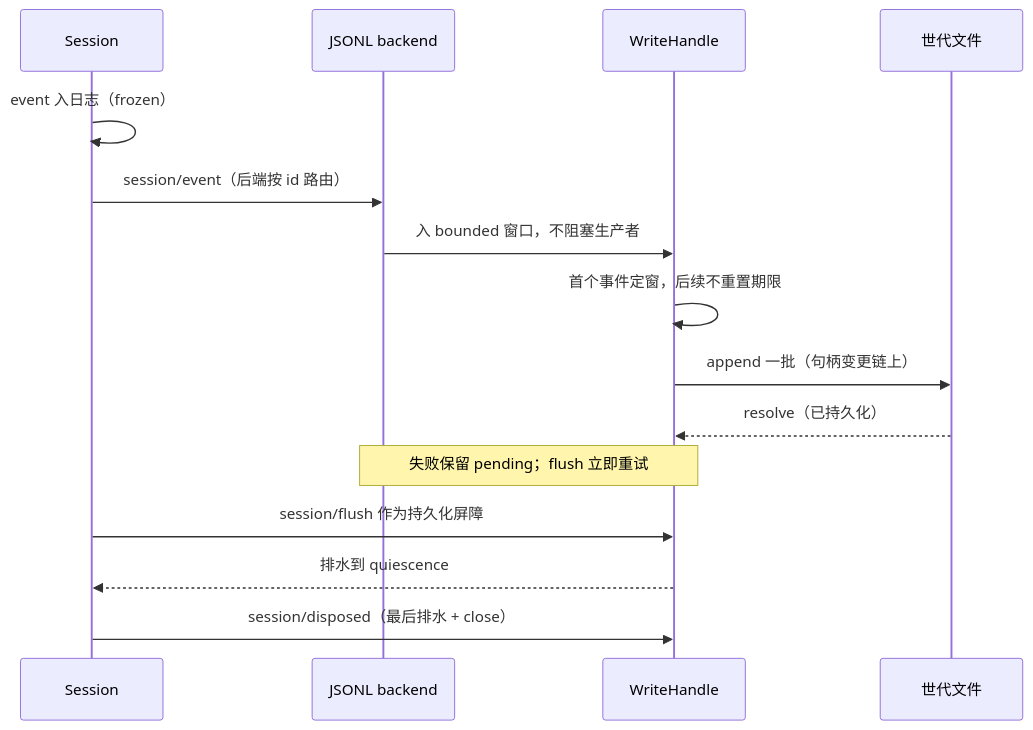
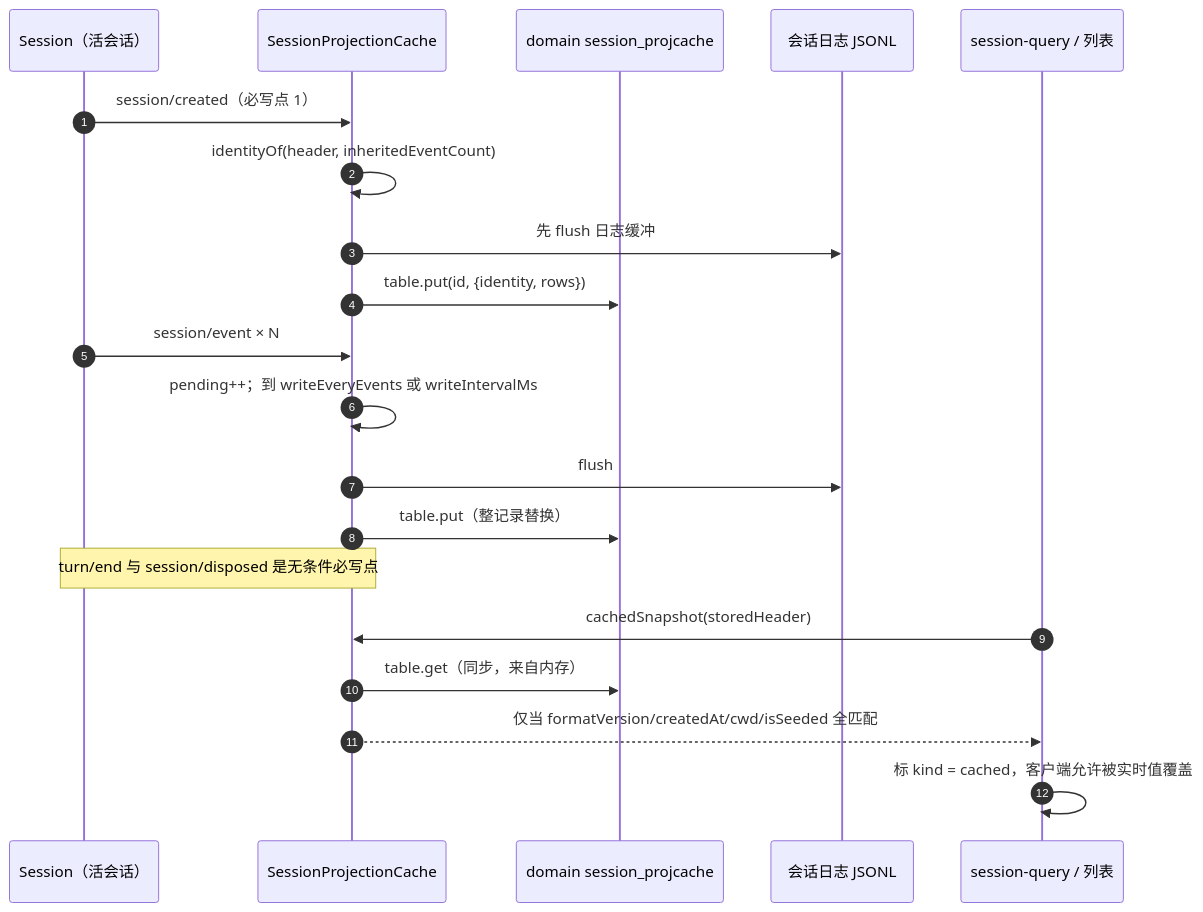
The fourth of 5 diagrams in ai-agent/deepseek-harness/data-model.md (morehao/oss-insights), drawn with Mermaid before and after one commit. The commit also changed other lines of this file and 40 other files, not shown here.

````diff
--- a/ai-agent/deepseek-harness/data-model.md
+++ b/ai-agent/deepseek-harness/data-model.md
@@ -398,17 +294,22 @@
 ```mermaid
 sequenceDiagram
-    participant S as Session
-    participant B as JSONL backend
-    participant W as WriteHandle
-    participant F as 世代文件
-    S->>S: event 入日志（frozen）
-    S->>B: session/event（后端按 id 路由）
-    B->>W: 入 bounded 窗口，不阻塞生产者
-    W->>W: 首个事件定窗，后续不重置期限
-    W->>F: append 一批（句柄变更链上）
-    F-->>W: resolve（已持久化）
-    Note over B,W: 失败保留 pending；flush 立即重试
-    S->>W: session/flush 作为持久化屏障
-    W-->>S: 排水到 quiescence
-    S->>W: session/disposed（最后排水 + close）
+  autonumber
+  participant S as Session（活会话）
+  participant C as SessionProjectionCache
+  participant D as domain session_projcache
+  participant L as 会话日志 JSONL
+  participant Q as session-query / 列表
+  S->>C: session/created（必写点 1）
+  C->>C: identityOf(header, inheritedEventCount)
+  C->>L: 先 flush 日志缓冲
+  C->>D: table.put(id, {identity, rows})
+  S->>C: session/event × N
+  C->>C: pending++；到 writeEveryEvents 或 writeIntervalMs
+  C->>L: flush
+  C->>D: table.put（整记录替换）
+  Note over S,C: turn/end 与 session/disposed 是无条件必写点
+  Q->>C: cachedSnapshot(storedHeader)
+  C->>D: table.get（同步，来自内存）
+  C-->>Q: 仅当 formatVersion/createdAt/cwd/isSeeded 全匹配
+  Q->>Q: 标 kind = cached，客户端允许被实时值覆盖
 ```
````
